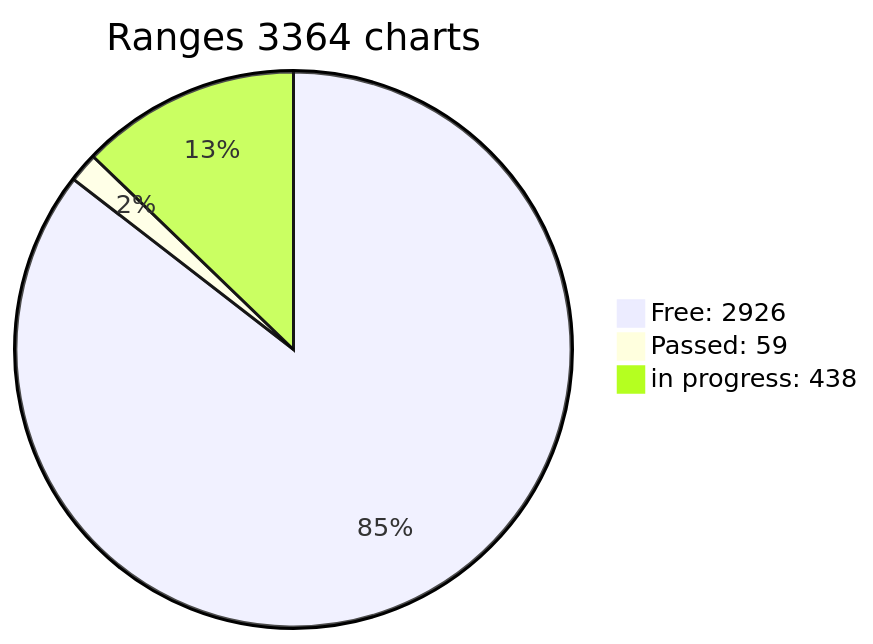
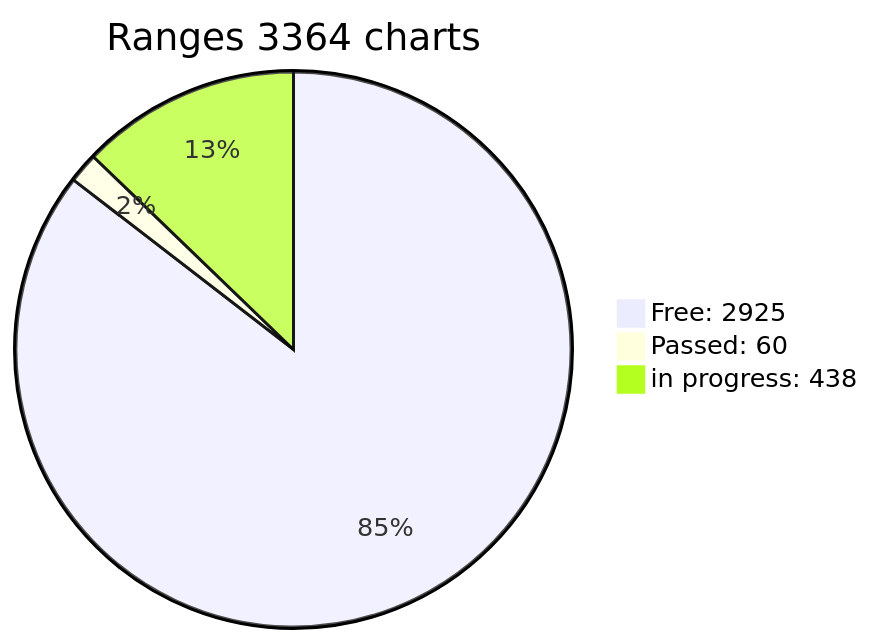
One commit to jonlloner/wif500 changed the diagram in x64/Release/table.md. Above: the diagram before and after it, drawn with Mermaid. The commit also changed other lines of this file, not shown here.

````diff
--- a/x64/Release/table.md
+++ b/x64/Release/table.md
@@ -3,6 +3,6 @@
 ```mermaid
 pie title Ranges 3364 charts
-"Free: 2926" : 2926
-"Passed: 59" : 59
+"Free: 2925" : 2925
+"Passed: 60" : 60
 "in progress: 438" : 438
 ```  
````
